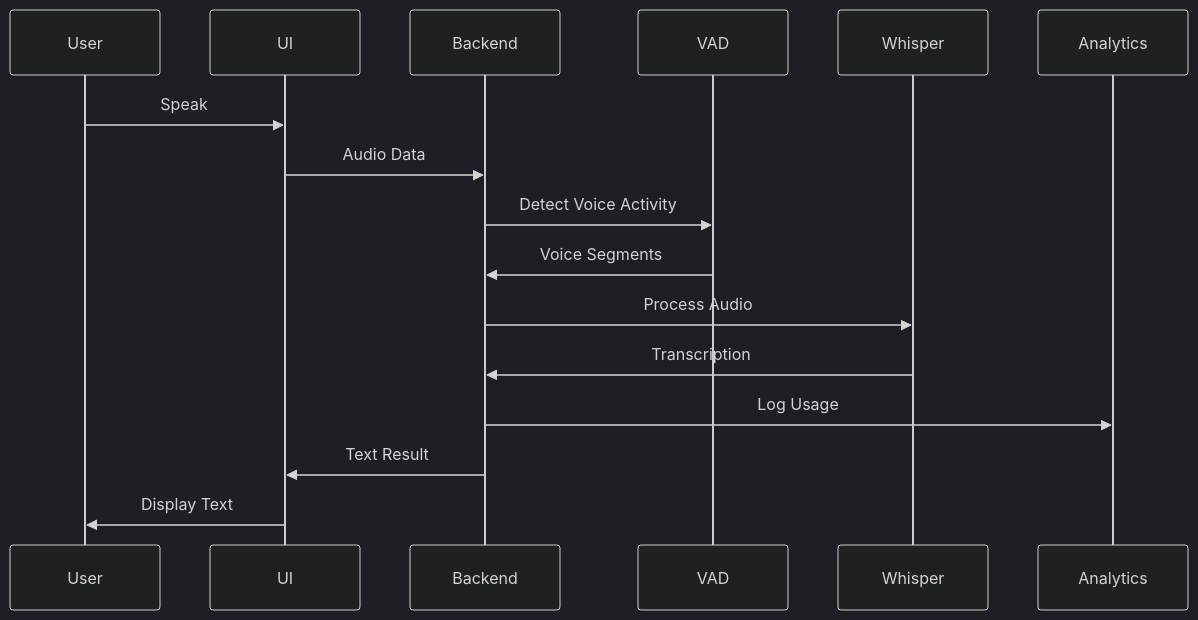
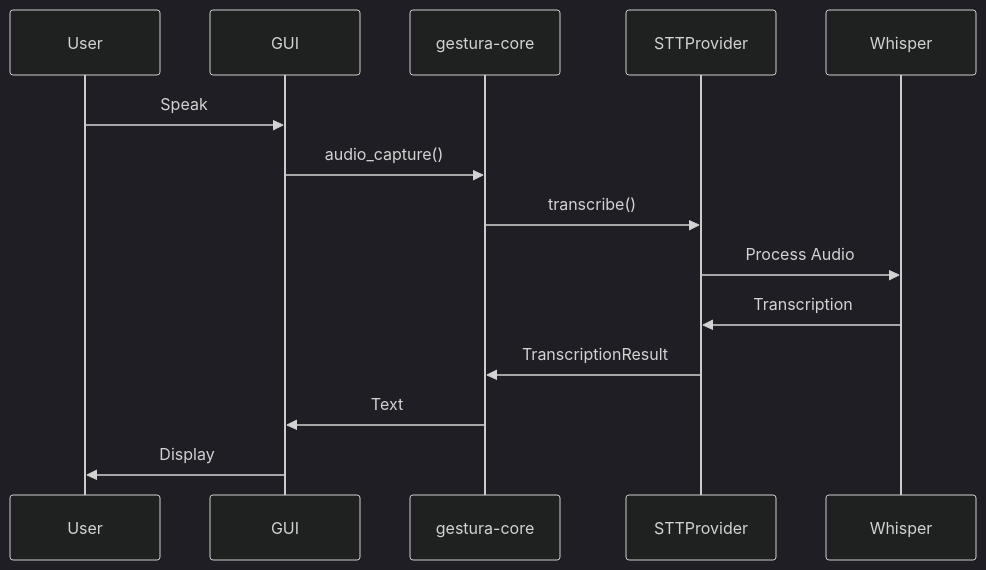
One commit to gestura-ai/gestura-app changed the fourth of 8 diagrams in docs/ARCHITECTURE.md. Above: the diagram before and after it, drawn with Mermaid (dark theme). The commit also changed other lines of this file and 67 other files, not shown here.

````diff
--- a/docs/ARCHITECTURE.md
+++ b/docs/ARCHITECTURE.md
@@ -188,19 +302,17 @@
 ```mermaid
 sequenceDiagram
     participant User
-    participant UI
-    participant Backend
-    participant VAD
+    participant GUI
+    participant Core as gestura-core
+    participant STT as STTProvider
     participant Whisper
-    participant Analytics
-    
-    User->>UI: Speak
-    UI->>Backend: Audio Data
-    Backend->>VAD: Detect Voice Activity
-    VAD->>Backend: Voice Segments
-    Backend->>Whisper: Process Audio
-    Whisper->>Backend: Transcription
-    Backend->>Analytics: Log Usage
-    Backend->>UI: Text Result
-    UI->>User: Display Text
+
+    User->>GUI: Speak
+    GUI->>Core: audio_capture()
+    Core->>STT: transcribe()
+    STT->>Whisper: Process Audio
+    Whisper->>STT: Transcription
+    STT->>Core: TranscriptionResult
+    Core->>GUI: Text
+    GUI->>User: Display
 ```
````
